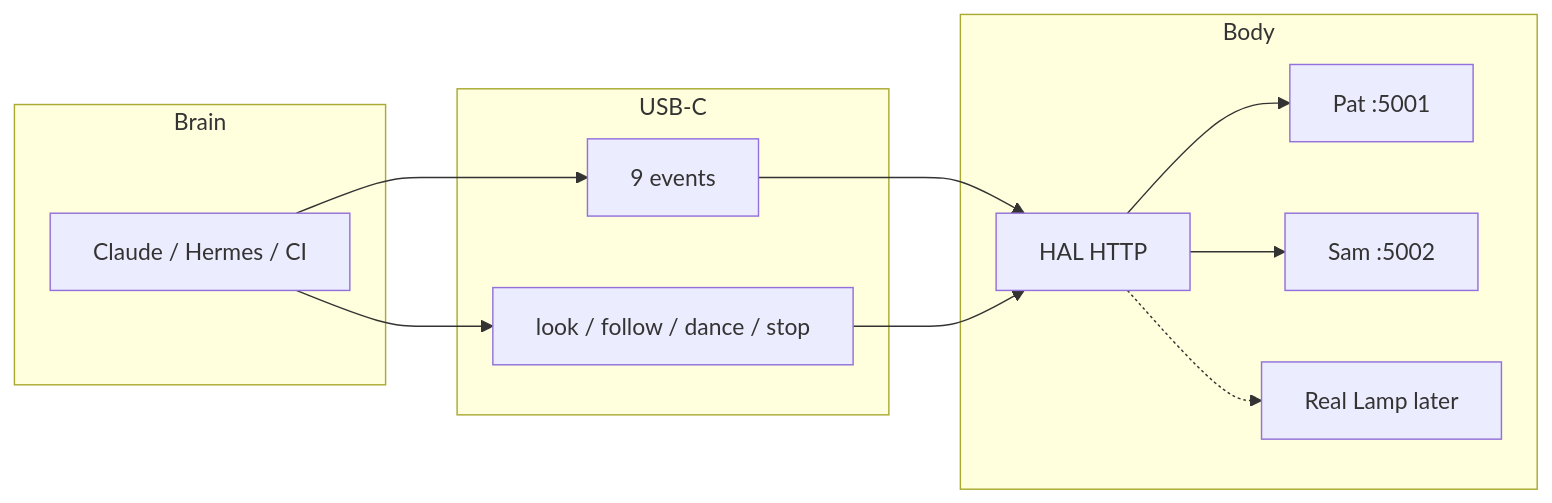
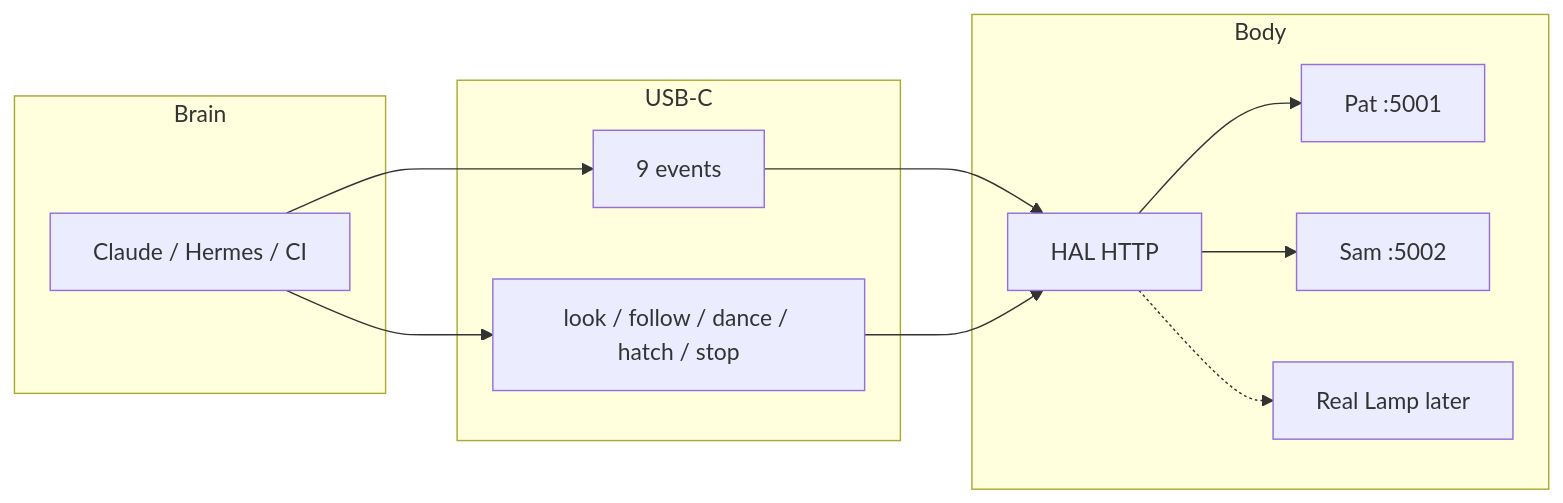
Before and after one commit to marctheshark3/agent-body-protocol: the first of 2 diagrams in docs/ARCHITECTURE.md, drawn with Mermaid. The commit also changed other lines of this file and 23 other files, not shown here.

````diff
--- a/docs/ARCHITECTURE.md
+++ b/docs/ARCHITECTURE.md
@@ -5,23 +5,23 @@
 ```mermaid
 flowchart LR
   subgraph brain [Brain]
     LLM["Claude / Hermes / CI"]
   end
   subgraph usb [USB-C]
     ABP["9 events"]
-    SK["look / follow / dance / stop"]
+    SK["look / follow / dance / hatch / stop"]
   end
   subgraph body [Body]
     HAL["HAL HTTP"]
     PAT["Pat :5001"]
     SAM["Sam :5002"]
     REAL["Real Lamp later"]
   end
   LLM --> ABP
   LLM --> SK
   ABP --> HAL
   SK --> HAL
   HAL --> PAT
   HAL --> SAM
   HAL -.-> REAL
 ```
````
